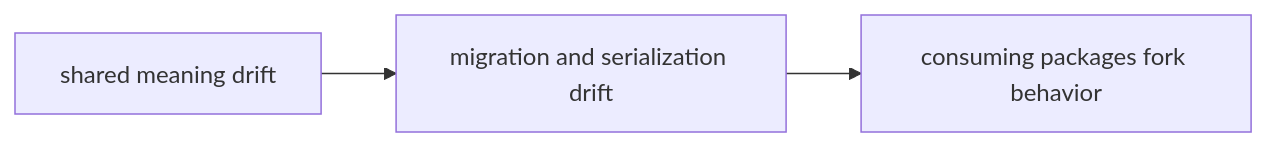
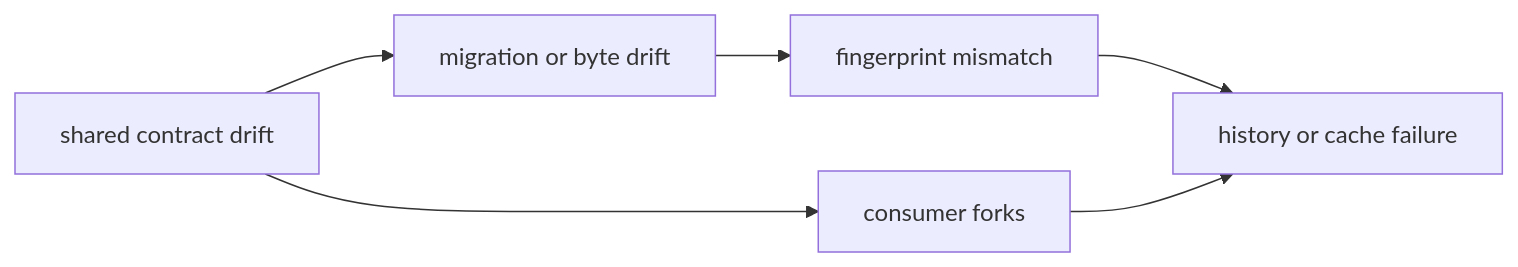
Before and after one commit to bijux/bijux-proteomics: the diagram in docs/03-bijux-proteomics-foundation/quality/risk-register.md, drawn with Mermaid. The commit also changed other lines of this file and 2 other files, not shown here.

Commit message:
docs(foundation): govern contract evolution risks

````diff
--- a/docs/03-bijux-proteomics-foundation/quality/risk-register.md
+++ b/docs/03-bijux-proteomics-foundation/quality/risk-register.md
@@ -16,8 +27,8 @@
 ```mermaid
 flowchart LR
-    meaning["shared meaning drift"]
-    migration["migration and serialization drift"]
-    consumers["consuming packages fork behavior"]
-
-    meaning --> migration --> consumers
+    S["shared contract drift"] --> M["migration or byte drift"]
+    M --> F["fingerprint mismatch"]
+    S --> C["consumer forks"]
+    F --> H["history or cache failure"]
+    C --> H
 ```
````
